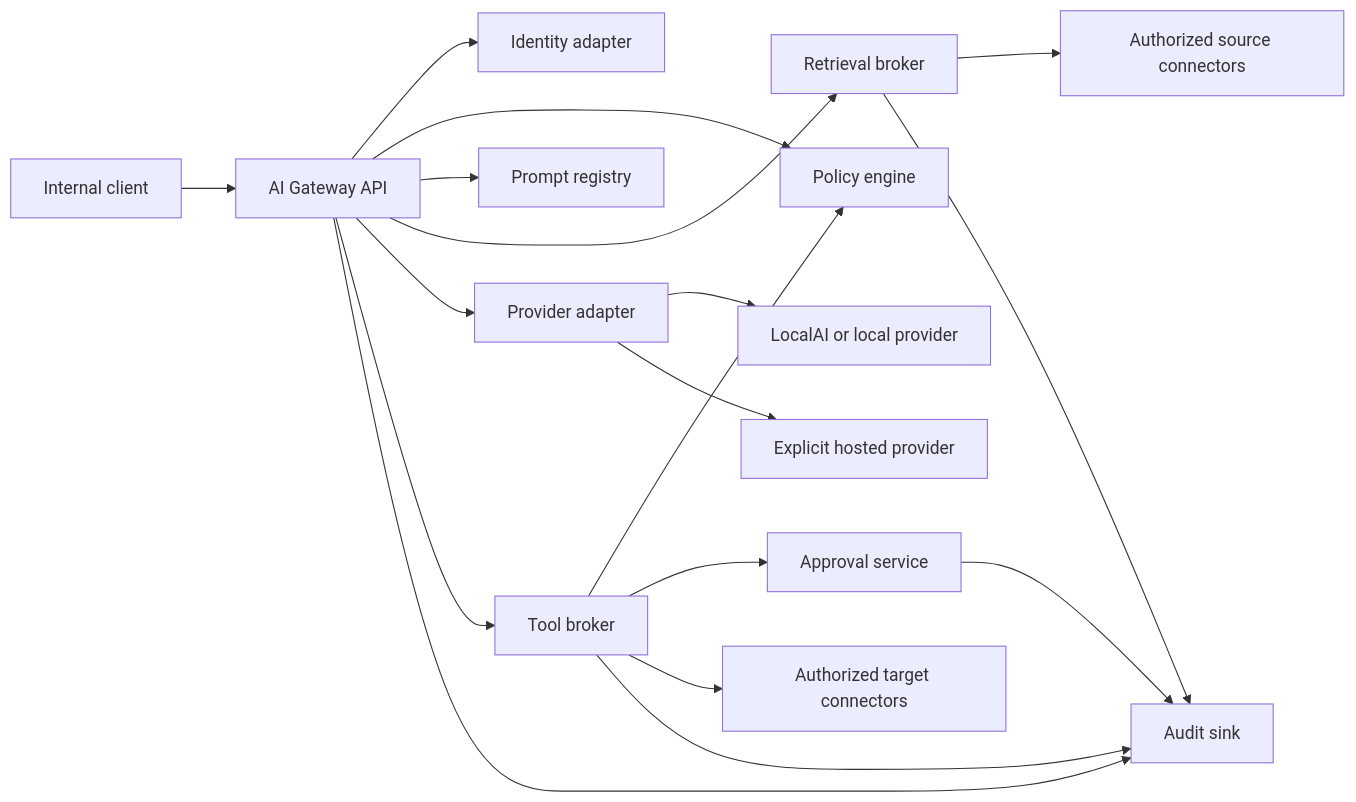
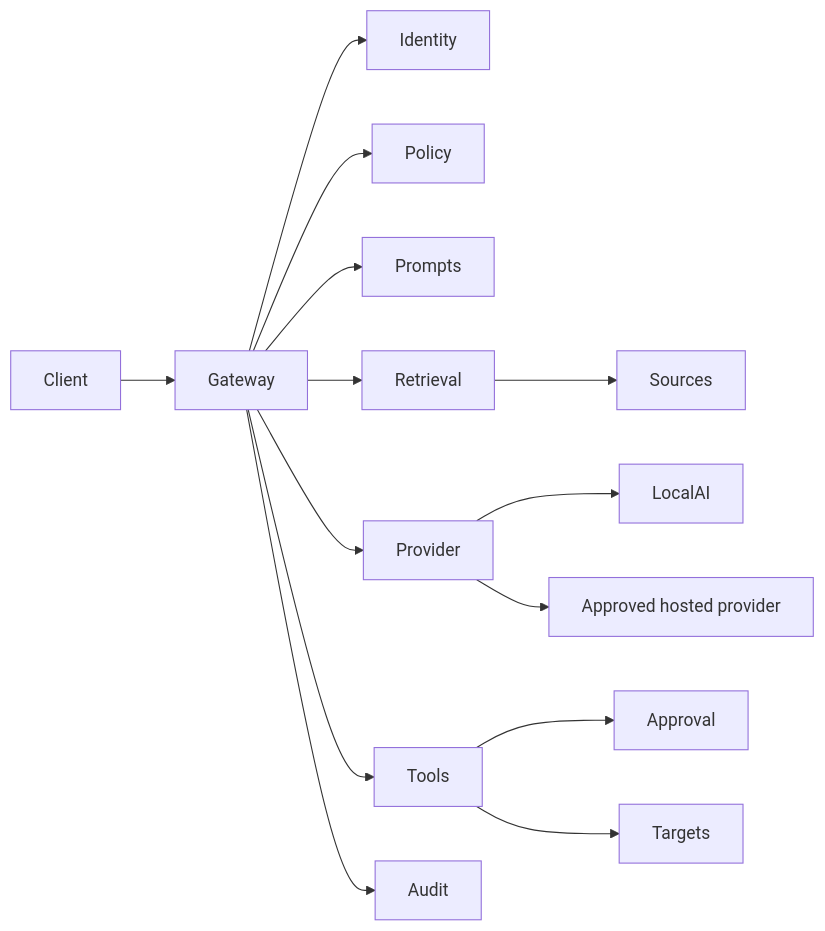
Before and after one commit to The-Keep-Studios/thekeep-platform: the diagram in docs/ai-gateway.md, drawn with Mermaid. The commit also changed other lines of this file, not shown here.

Commit message:
Tighten AI gateway design

````diff
--- a/docs/ai-gateway.md
+++ b/docs/ai-gateway.md
@@ -49,35 +22,16 @@
 ```mermaid
 flowchart LR
-    Client[Internal client]
-    Gateway[AI Gateway API]
-    Identity[Identity adapter]
-    Policy[Policy engine]
-    Prompt[Prompt registry]
-    Retrieval[Retrieval broker]
-    Model[Provider adapter]
-    Tools[Tool broker]
-    Approval[Approval service]
-    Audit[Audit sink]
-    Local[LocalAI or local provider]
-    Hosted[Explicit hosted provider]
-    Sources[Authorized source connectors]
-    Targets[Authorized target connectors]
-
     Client --> Gateway
     Gateway --> Identity
     Gateway --> Policy
-    Gateway --> Prompt
+    Gateway --> Prompts
     Gateway --> Retrieval
     Retrieval --> Sources
-    Gateway --> Model
-    Model --> Local
-    Model --> Hosted
+    Gateway --> Provider
+    Provider --> LocalAI
+    Provider --> Hosted[Approved hosted provider]
     Gateway --> Tools
-    Tools --> Policy
     Tools --> Approval
     Tools --> Targets
     Gateway --> Audit
-    Retrieval --> Audit
-    Tools --> Audit
-    Approval --> Audit
 ```
````
